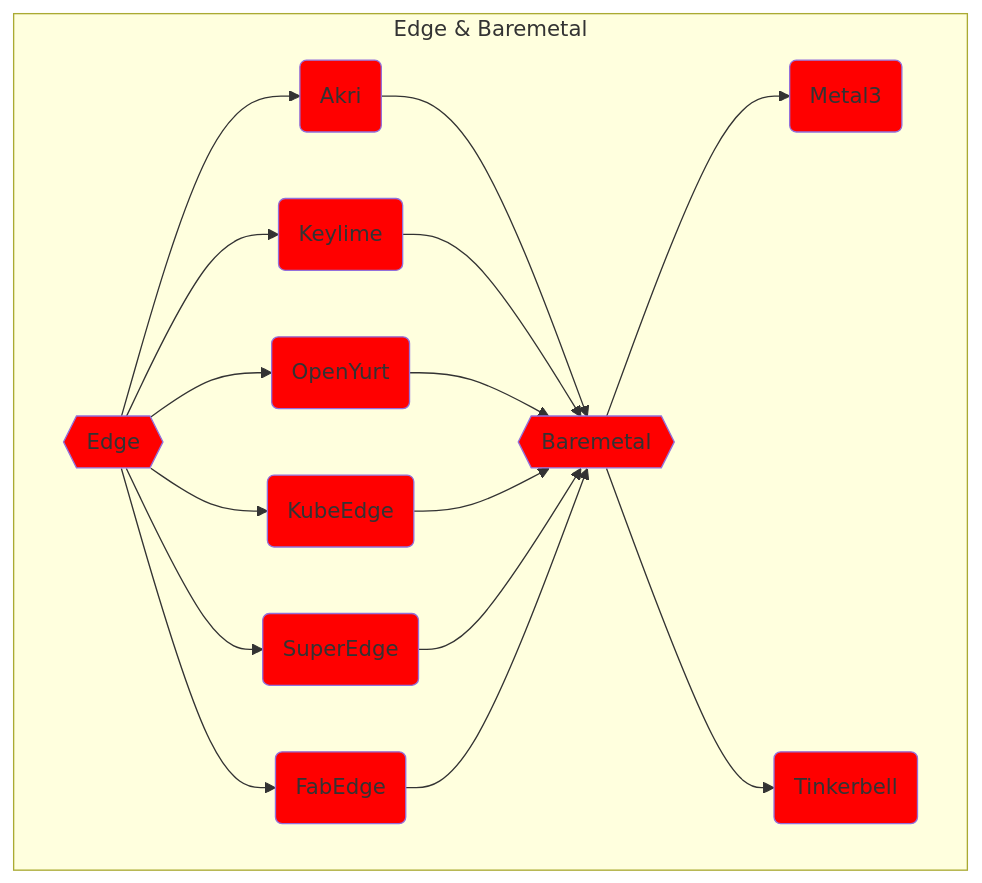
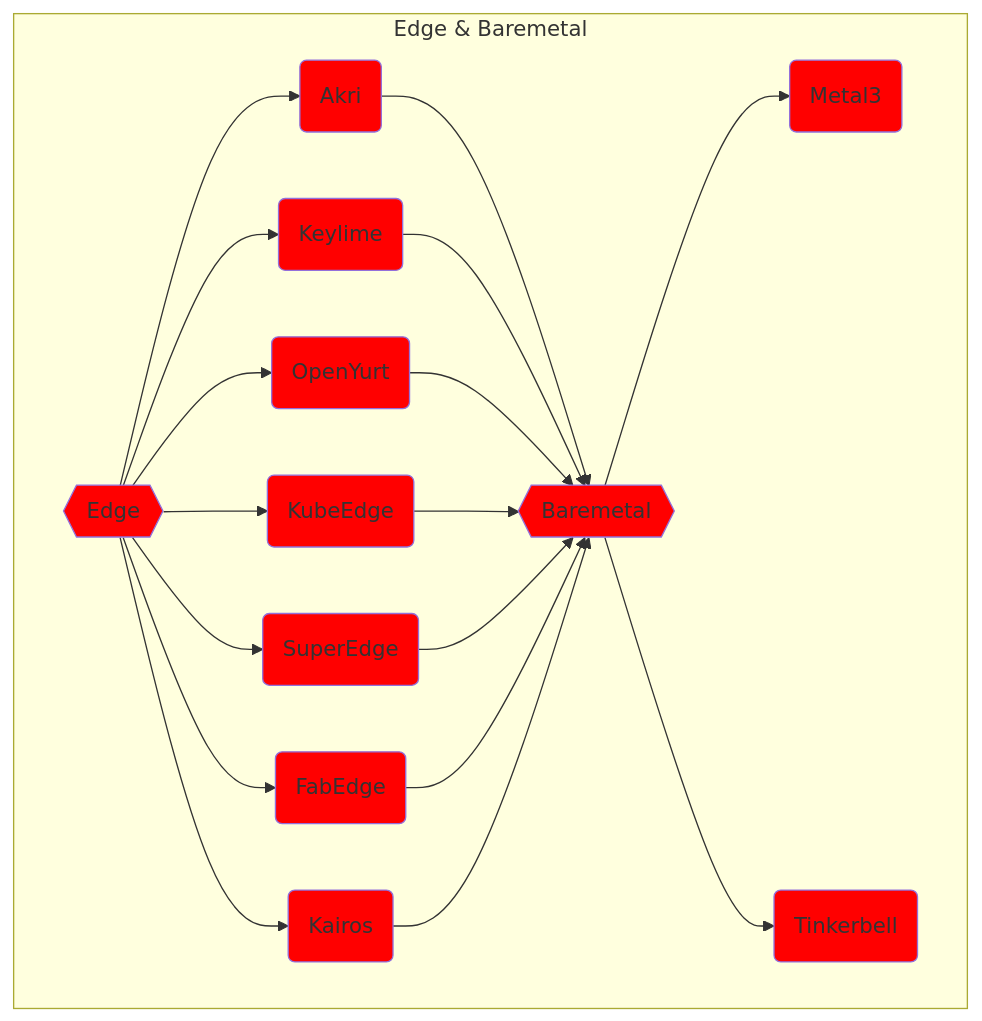
One commit to vfarcic/cncf-demo changed the ninth of 11 diagrams in solution.md. Above: the diagram before and after it, drawn with Mermaid. The commit also changed other lines of this file and 18 other files, not shown here.

````diff
--- a/solution.md
+++ b/solution.md
@@ -921,37 +949,39 @@
 ```mermaid
 flowchart TD
 
     subgraph edge-baremetal["Edge & Baremetal"]
 
         %% ----------
         %% -- Edge --
         %% ----------
         edge{{Edge}}
         style edge fill:red
         akri(Akri)
         style akri fill:red
         keylime(Keylime)
         style keylime fill:red
         open-yurt(OpenYurt)
         style open-yurt fill:red
         kube-edge(KubeEdge)
         style kube-edge fill:red
         super-edge(SuperEdge)
         style super-edge fill:red
         fabedge(FabEdge)
         style fabedge fill:red
-        edge --> akri & keylime & open-yurt & kube-edge & super-edge & fabedge --> baremetal
+        kairos(Kairos)
+        style kairos fill:red
+        edge --> akri & keylime & open-yurt & kube-edge & super-edge & fabedge & kairos --> baremetal
 
         %% ---------------
         %% -- Baremetal --
         %% ---------------
         baremetal{{Baremetal}}
         style baremetal fill:red
         metal3(Metal3)
         style metal3 fill:red
         tinkerbell(Tinkerbell)
         style tinkerbell fill:red
         baremetal --> metal3 & tinkerbell
 
     end
 ```
````
